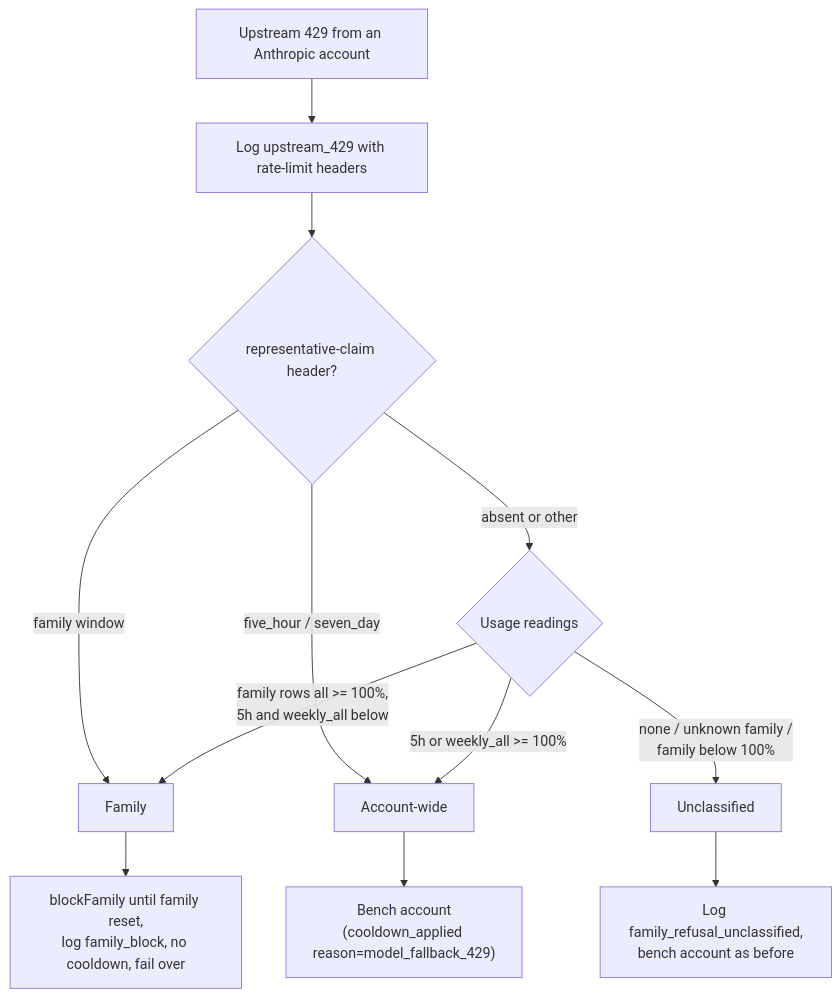
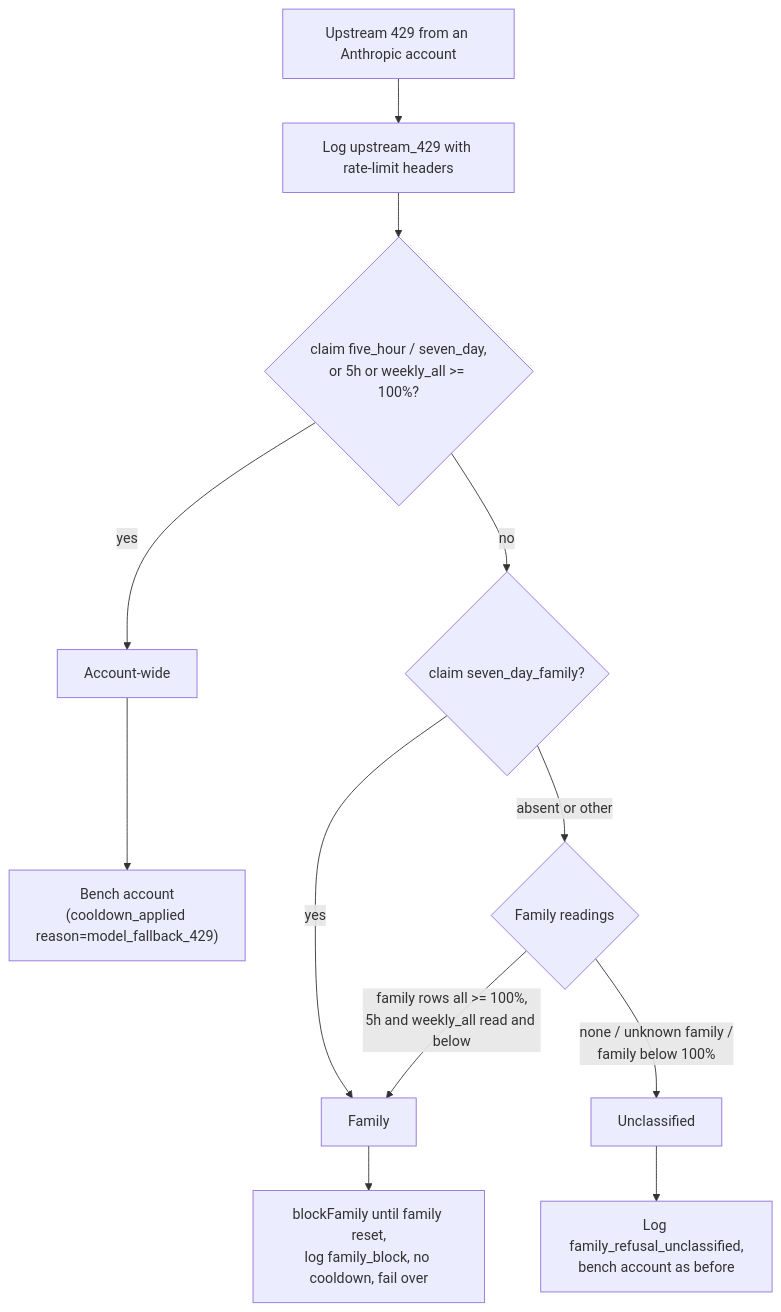
The ninth of 10 diagrams in docs/routing-architecture.md (filip-gooddata/better-ccflare), drawn with Mermaid before and after one commit. The commit also changed other lines of this file and 1 other file, not shown here.

Commit message:
fix: describe the classifier rule order in the family refusal docs

````diff
--- a/docs/routing-architecture.md
+++ b/docs/routing-architecture.md
@@ -302,14 +303,14 @@
 ```mermaid
 flowchart TD
     A["Upstream 429 from an Anthropic account"] --> B["Log upstream_429 with rate-limit headers"]
-    B --> C{"representative-claim header?"}
-    C -->|"family window"| F["Family"]
-    C -->|"five_hour / seven_day"| W["Account-wide"]
-    C -->|"absent or other"| D{"Usage readings"}
-    D -->|"5h or weekly_all >= 100%"| W
-    D -->|"family rows all >= 100%,<br/>5h and weekly_all below"| F
+    B --> C{"claim five_hour / seven_day,<br/>or 5h or weekly_all >= 100%?"}
+    C -->|"yes"| W["Account-wide"]
+    C -->|"no"| E{"claim seven_day_family?"}
+    E -->|"yes"| F["Family"]
+    E -->|"absent or other"| D{"Family readings"}
+    D -->|"family rows all >= 100%,<br/>5h and weekly_all read and below"| F
     D -->|"none / unknown family /<br/>family below 100%"| U["Unclassified"]
     F --> F2["blockFamily until family reset,<br/>log family_block, no cooldown, fail over"]
     W --> W2["Bench account<br/>(cooldown_applied reason=model_fallback_429)"]
     U --> U2["Log family_refusal_unclassified,<br/>bench account as before"]
 ```
````
